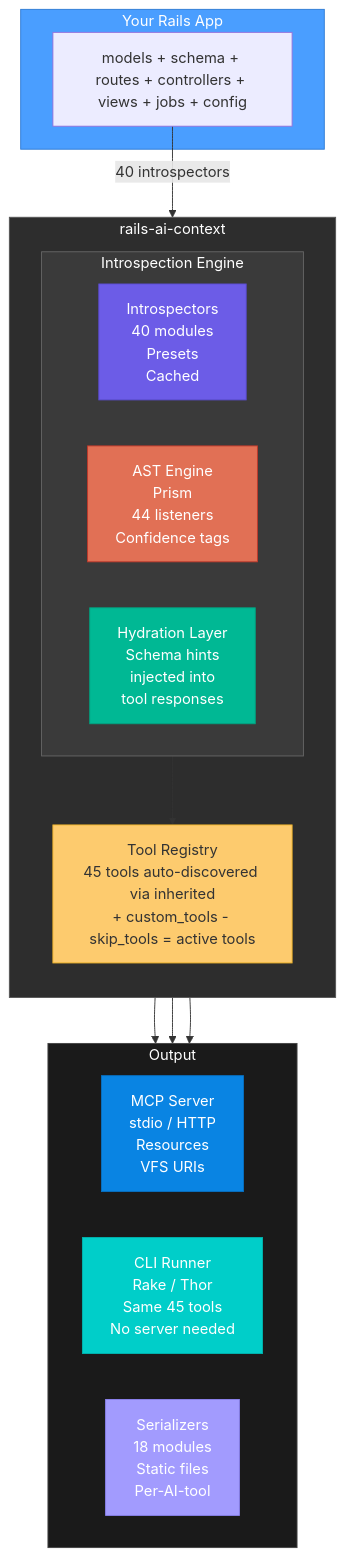
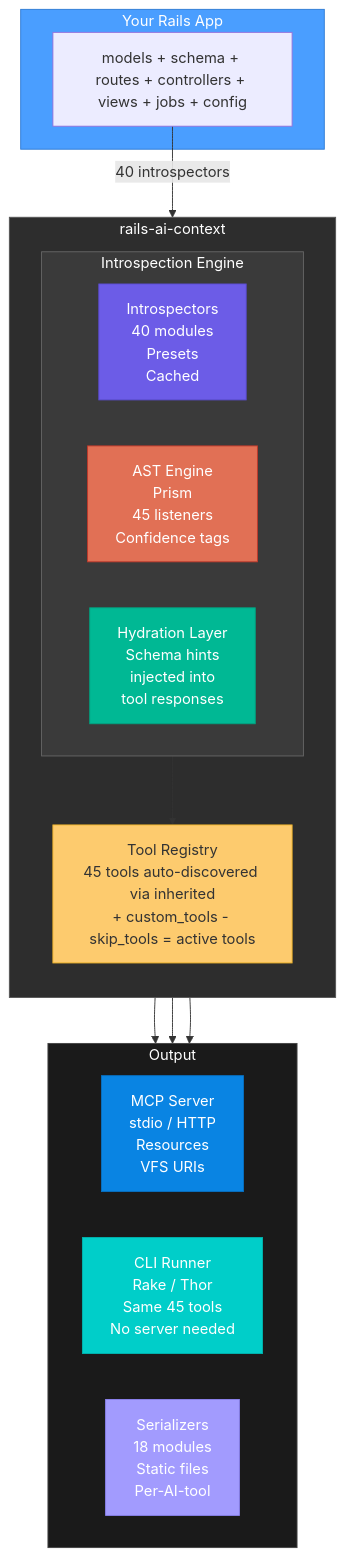
One commit to crisnahine/rails-ai-context changed the first of 3 diagrams in docs/ARCHITECTURE.md. Above: the diagram before and after it, drawn with Mermaid.

Commit message:
the architecture page counts the listener that finds a class body's foreign blocks
Refs #443

````diff
--- a/docs/ARCHITECTURE.md
+++ b/docs/ARCHITECTURE.md
@@ -15,44 +15,44 @@
 ```mermaid
 graph TD
     subgraph app["Your Rails App"]
         A["models + schema + routes + controllers + views + jobs + config"]
     end
 
     A -->|"40 introspectors"| gem
 
     subgraph gem["rails-ai-context"]
         direction TB
 
         subgraph engine["Introspection Engine"]
             direction LR
             I["Introspectors\n40 modules\nPresets\nCached"]
-            AST["AST Engine\nPrism\n44 listeners\nConfidence tags"]
+            AST["AST Engine\nPrism\n45 listeners\nConfidence tags"]
             H["Hydration Layer\nSchema hints\ninjected into\ntool responses"]
         end
 
         engine --> R["Tool Registry\n45 tools auto-discovered via inherited\n+ custom_tools - skip_tools = active tools"]
     end
 
     R --> MCP
     R --> CLI
     R --> S
 
     subgraph outputs["Output"]
         direction LR
         MCP["MCP Server\nstdio / HTTP\nResources\nVFS URIs"]
         CLI["CLI Runner\nRake / Thor\nSame 45 tools\nNo server needed"]
         S["Serializers\n18 modules\nStatic files\nPer-AI-tool"]
     end
 
     style app fill:#4a9eff,stroke:#2d7ad4,color:#fff
     style gem fill:#2d2d2d,stroke:#555,color:#fff
     style engine fill:#3a3a3a,stroke:#666,color:#fff
     style outputs fill:#1a1a1a,stroke:#444,color:#fff
     style I fill:#6c5ce7,stroke:#5a4bd1,color:#fff
     style AST fill:#e17055,stroke:#c0392b,color:#fff
     style H fill:#00b894,stroke:#00a381,color:#fff
     style R fill:#fdcb6e,stroke:#f0b429,color:#333
     style MCP fill:#0984e3,stroke:#0770c2,color:#fff
     style CLI fill:#00cec9,stroke:#00b5b0,color:#fff
     style S fill:#a29bfe,stroke:#8c83f0,color:#fff
 ```
````
